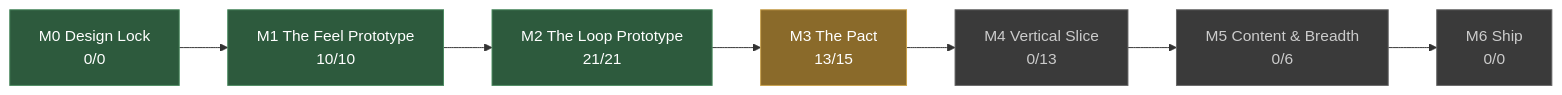
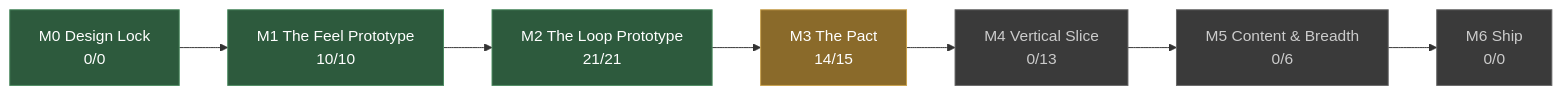
The diagram in docs/STATUS.md (JoshuaGessner/she), drawn with Mermaid before and after one commit. The commit also changed other lines of this file and 27 other files, not shown here.

````diff
--- a/docs/STATUS.md
+++ b/docs/STATUS.md
@@ -13,19 +13,19 @@
 ```mermaid
 flowchart LR
   M0["M0 Design Lock<br/>0/0"]:::passed
   M1["M1 The Feel Prototype<br/>10/10"]:::passed
   M0 --> M1
   M2["M2 The Loop Prototype<br/>21/21"]:::passed
   M1 --> M2
-  M3["M3 The Pact<br/>13/15"]:::current
+  M3["M3 The Pact<br/>14/15"]:::current
   M2 --> M3
   M4["M4 Vertical Slice<br/>0/13"]:::ahead
   M3 --> M4
   M5["M5 Content & Breadth<br/>0/6"]:::ahead
   M4 --> M5
   M6["M6 Ship<br/>0/0"]:::ahead
   M5 --> M6
   classDef passed fill:#2d5a3d,stroke:#4a8a5f,color:#fff
   classDef current fill:#8a6a2a,stroke:#c8a04a,color:#fff
   classDef ahead fill:#3a3a3a,stroke:#666,color:#ccc
 ```
````
